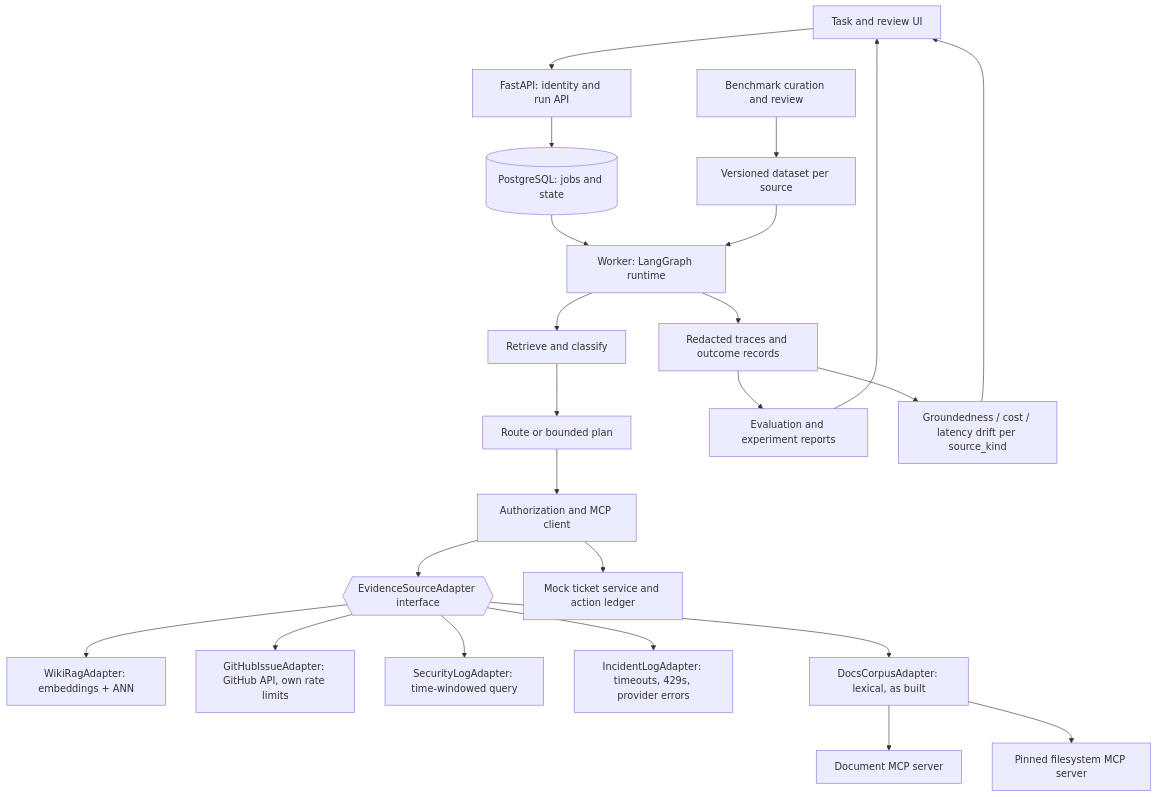
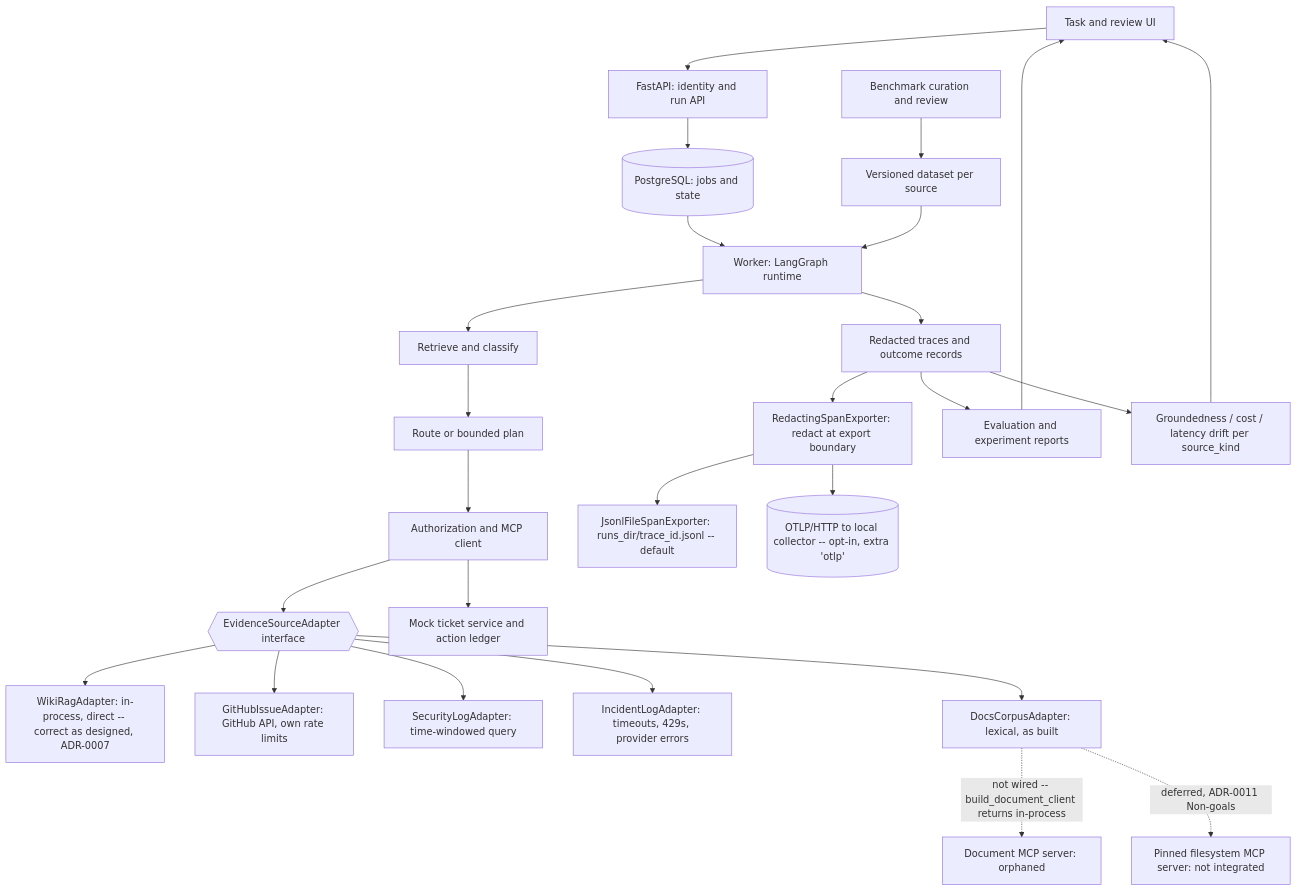
One commit to sh-ai-x/AgentOpsPipeline changed the second of 2 diagrams in docs/proposals/agentops-workbench-proposal.md. Above: the diagram before and after it, drawn with Mermaid. The commit also changed other lines of this file and 3 other files, not shown here.

First line of the commit message:
docs(otel): propose real OTel export behind opt-in extra (ADR-0011)

````diff
--- a/docs/proposals/agentops-workbench-proposal.md
+++ b/docs/proposals/agentops-workbench-proposal.md
@@ -841,25 +841,28 @@
 ```mermaid
 flowchart TD
     U[Task and review UI] --> API[FastAPI: identity and run API]
     API --> DB[(PostgreSQL: jobs and state)]
     DB --> W[Worker: LangGraph runtime]
     W --> R[Retrieve and classify]
     R --> P[Route or bounded plan]
     P --> G[Authorization and MCP client]
     G --> ES{{EvidenceSourceAdapter interface}}
-    ES --> A1[WikiRagAdapter: embeddings + ANN]
+    ES --> A1[WikiRagAdapter: in-process, direct -- correct as designed, ADR-0007]
     ES --> A2[GitHubIssueAdapter: GitHub API, own rate limits]
     ES --> A3[SecurityLogAdapter: time-windowed query]
     ES --> A4[IncidentLogAdapter: timeouts, 429s, provider errors]
     ES --> A0[DocsCorpusAdapter: lexical, as built]
-    A0 --> D[Document MCP server]
-    A0 --> X[Pinned filesystem MCP server]
+    A0 -.not wired -- build_document_client returns in-process.-> D[Document MCP server: orphaned]
+    A0 -.deferred, ADR-0011 Non-goals.-> X[Pinned filesystem MCP server: not integrated]
     G --> T[Mock ticket service and action ledger]
     W --> E[Redacted traces and outcome records]
+    E --> XP[RedactingSpanExporter: redact at export boundary]
+    XP --> RJ[JsonlFileSpanExporter: runs_dir/trace_id.jsonl -- default]
+    XP --> COL[(OTLP/HTTP to local collector -- opt-in, extra 'otlp')]
     E --> V[Evaluation and experiment reports]
     E --> O[Groundedness / cost / latency drift per source_kind]
     B[Benchmark curation and review] --> DS[Versioned dataset per source]
     DS --> W
     V --> U
     O --> U
 ```
````
